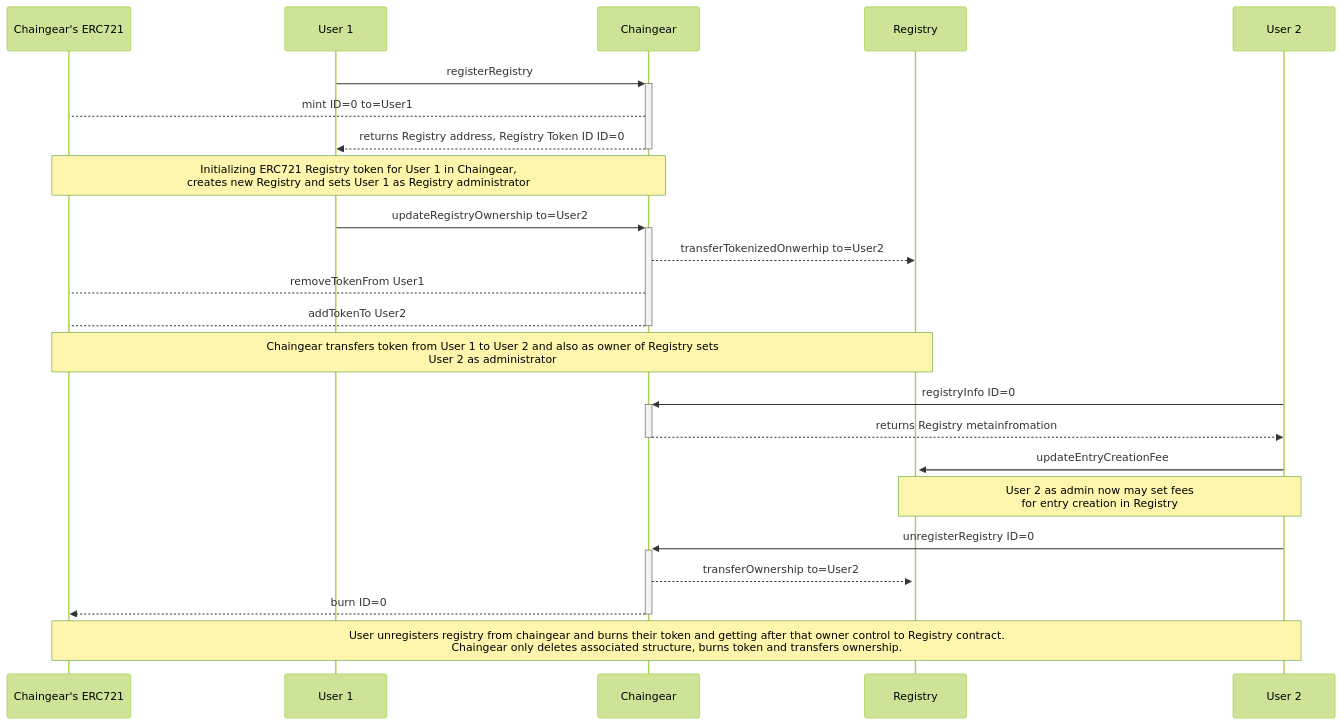
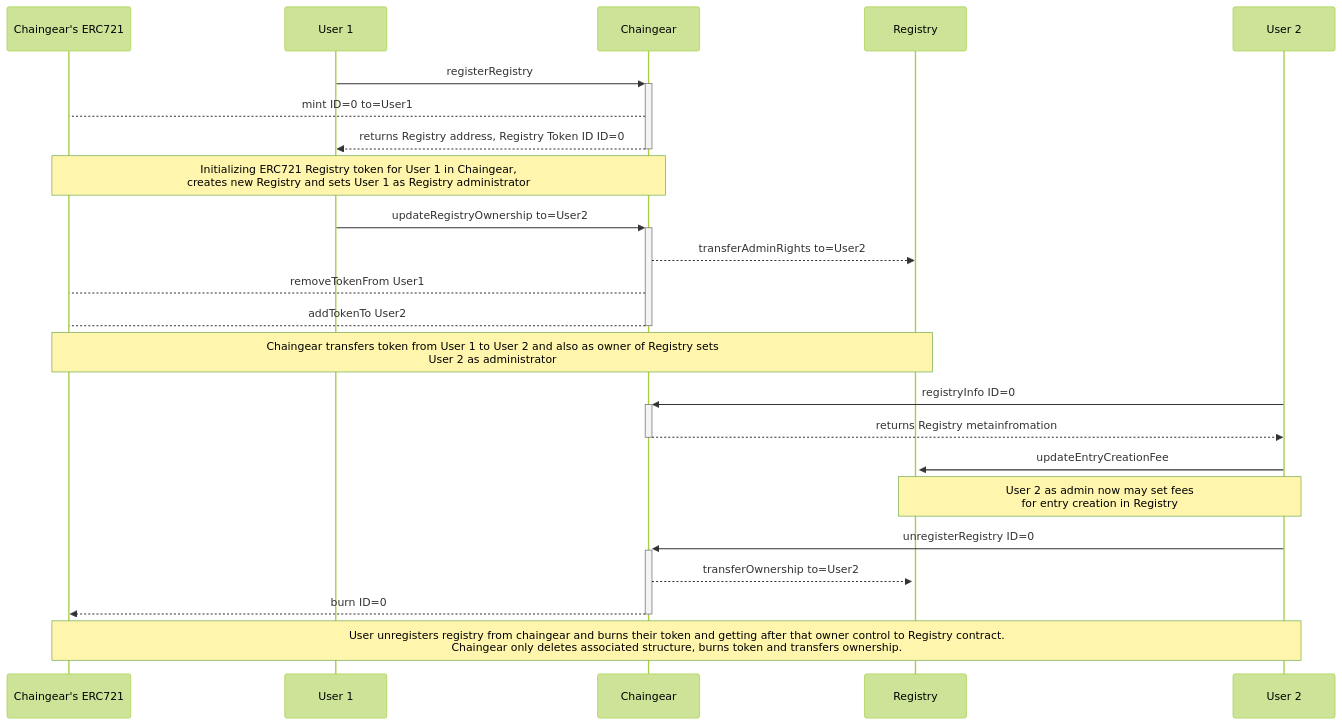
One commit to cybercongress/chaingear changed the diagram in docs/mermaid/origin/pipelines-chaingear_tokenized.mmd. Above: the diagram before and after it, drawn with Mermaid (forest theme). The commit also changed 13 other files, not shown here.

```diff
--- a/docs/mermaid/origin/pipelines-chaingear_tokenized.mmd
+++ b/docs/mermaid/origin/pipelines-chaingear_tokenized.mmd
@@ -1,29 +1,29 @@
 sequenceDiagram
     participant 721 as Chaingear's ERC721
     participant U1 as User 1
     participant CC as Chaingear
     participant R as Registry
     participant U2 as User 2
 
     
     U1->>+CC: registerRegistry
     CC-->721: mint ID=0 to=User1
     CC-->>-U1: returns Registry address, Registry Token ID ID=0
     Note over 721, CC: Initializing ERC721 Registry token for User 1 in Chaingear, <br/> creates new Registry and sets User 1 as Registry administrator
     
     U1->>+CC: updateRegistryOwnership to=User2
-    CC-->>R: transferTokenizedOnwerhip to=User2
+    CC-->>R: transferAdminRights to=User2
     CC-->721: removeTokenFrom User1
     CC-->-721: addTokenTo User2
     Note over 721, R: Chaingear transfers token from User 1 to User 2 and also as owner of Registry sets <br/> User 2 as administrator
     
     U2->>+CC: registryInfo ID=0
     CC-->>-U2: returns Registry metainfromation
     
     U2->>+R: updateEntryCreationFee
     Note over U2, R: User 2 as admin now may set fees <br/> for entry creation in Registry
     
     U2->>+CC: unregisterRegistry ID=0
     CC-->>R: transferOwnership to=User2
     CC-->>-721: burn ID=0
     Note over 721, U2: User unregisters registry from chaingear and burns their token and getting after that owner control to Registry contract. <br/> Chaingear only deletes associated structure, burns token and transfers ownership.
```
